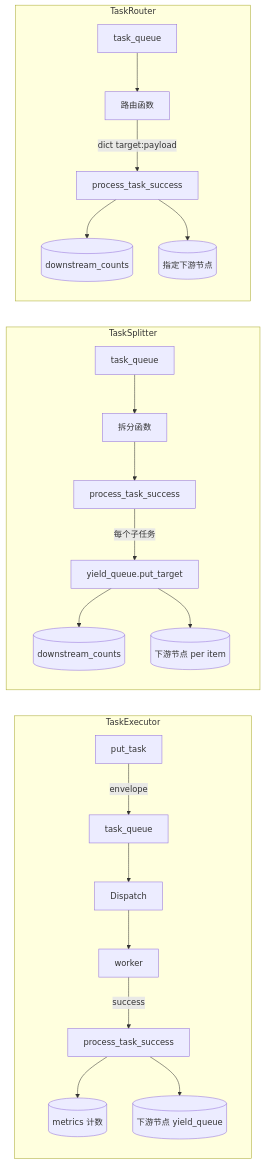
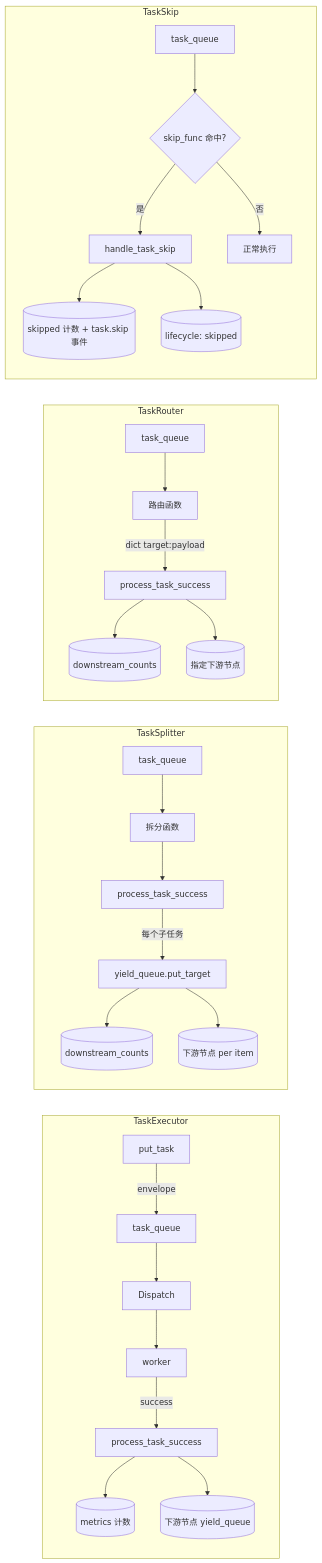
The diagram in docs/zh-CN/tests/node/test_nodes.md (Mr-xiaotian/CelestialFlow), drawn with Mermaid before and after one commit. The commit also changed other lines of this file and 79 other files, not shown here.

````diff
--- a/docs/zh-CN/tests/node/test_nodes.md
+++ b/docs/zh-CN/tests/node/test_nodes.md
@@ -66,26 +81,34 @@
 ```mermaid
 flowchart LR
     subgraph "TaskExecutor"
         PutTask[put_task] -->|envelope| Q[task_queue]
         Q --> D[Dispatch]
         D --> W[worker]
         W -->|success| SP[process_task_success]
         SP --> Counter[(metrics 计数)]
         SP --> Downstream[(下游节点 yield_queue)]
     end
 
     subgraph "TaskSplitter"
         Q2[task_queue] --> DS[拆分函数]
         DS --> PSR[process_task_success]
         PSR -->|每个子任务| PSR_put[yield_queue.put_target]
         PSR_put --> SC[(downstream_counts)]
         PSR_put --> Down2[(下游节点 per item)]
     end
 
     subgraph "TaskRouter"
         Q3[task_queue] --> DR[路由函数]
         DR -->|dict target:payload| PR[process_task_success]
         PR --> RC[(downstream_counts)]
         PR --> Down3[(指定下游节点)]
     end
+
+    subgraph "TaskSkip"
+        Q4[task_queue] --> Skip{skip_func 命中?}
+        Skip -- 是 --> HTS[handle_task_skip]
+        HTS --> SK[(skipped 计数 + task.skip 事件)]
+        HTS --> SkDB[(lifecycle: skipped)]
+        Skip -- 否 --> Exec[正常执行]
+    end
 ```
````
